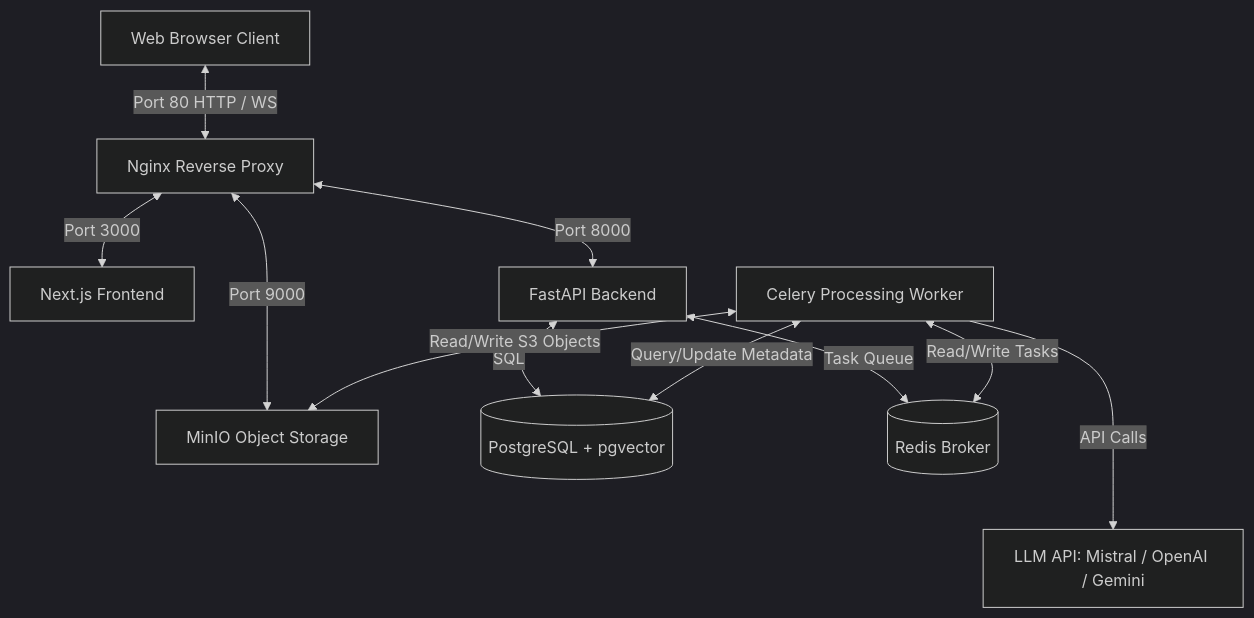
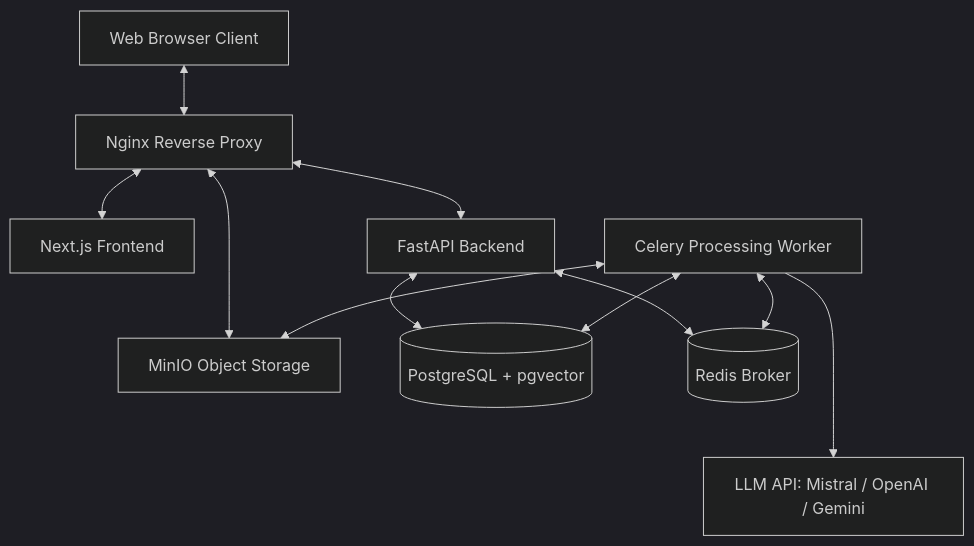
Before and after one commit to shashwat0010/VidNotesAI: the diagram in README.md, drawn with Mermaid (dark theme). The commit also changed other lines of this file, not shown here.

Commit message:
docs: detail architecture diagram and outline exact LLM call sequence

````diff
--- a/README.md
+++ b/README.md
@@ -12,15 +12,15 @@
 ```mermaid
 graph TD
-    Client[Web Browser Client] <-->|Port 80 HTTP / WS| Nginx[Nginx Reverse Proxy]
-    Nginx <-->|Port 3000| Frontend[Next.js Frontend]
-    Nginx <-->|Port 8000| Backend[FastAPI Backend]
-    Nginx <-->|Port 9000| MinIO[MinIO Object Storage]
+    Client[Web Browser Client] <--> Nginx[Nginx Reverse Proxy]
+    Nginx <--> Frontend[Next.js Frontend]
+    Nginx <--> Backend[FastAPI Backend]
+    Nginx <--> MinIO[MinIO Object Storage]
     
-    Backend <-->|SQL| Postgres[(PostgreSQL + pgvector)]
-    Backend <-->|Task Queue| Redis[(Redis Broker)]
+    Backend <--> Postgres[(PostgreSQL + pgvector)]
+    Backend <--> Redis[(Redis Broker)]
     
-    Celery[Celery Processing Worker] <-->|Read/Write Tasks| Redis
-    Celery <-->|Read/Write S3 Objects| MinIO
-    Celery <-->|Query/Update Metadata| Postgres
-    Celery --->|API Calls| LLM[LLM API: Mistral / OpenAI / Gemini]
+    Celery[Celery Processing Worker] <--> Redis
+    Celery <--> MinIO
+    Celery <--> Postgres
+    Celery ---> LLM[LLM API: Mistral / OpenAI / Gemini]
 ```
````
